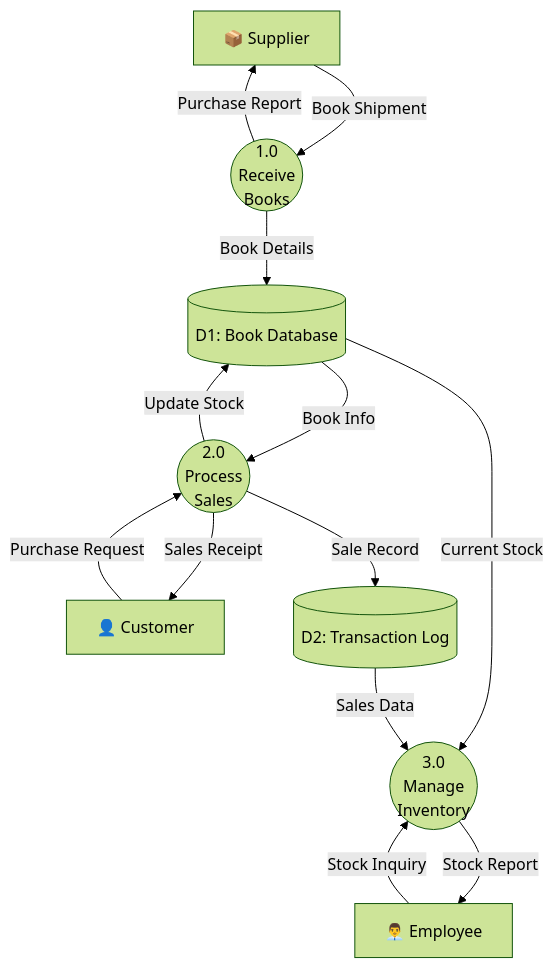
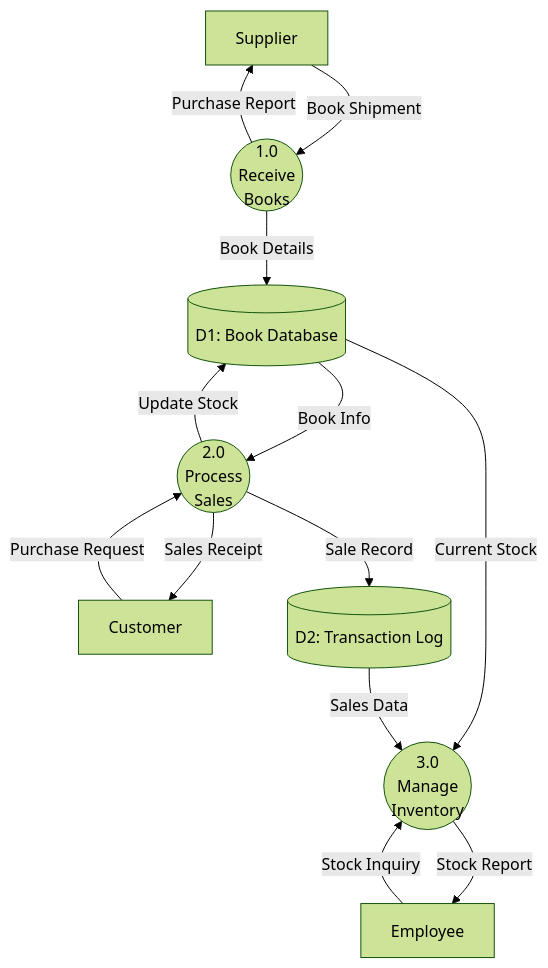
The third of 10 diagrams in public/blog/posts/DataFlowDiagram/index.md (REZ3X/rejaka_web), drawn with Mermaid (forest theme) before and after one commit. The commit also changed other lines of this file and 12 other files, not shown here.

````diff
--- a/public/blog/posts/DataFlowDiagram/index.md
+++ b/public/blog/posts/DataFlowDiagram/index.md
@@ -172,32 +182,32 @@
 ```mermaid
 flowchart TD
     %% External Entities
-    Supplier[📦 Supplier]
-    Customer[👤 Customer]
-    Employee[👨‍💼 Employee]
-    
+    Supplier[Supplier]
+    Customer[Customer]
+    Employee[Employee]
+
     %% Processes
     P1((1.0<br/>Receive<br/>Books))
     P2((2.0<br/>Process<br/>Sales))
     P3((3.0<br/>Manage<br/>Inventory))
-    
+
     %% Data Stores
     DS1[(D1: Book Database)]
     DS2[(D2: Transaction Log)]
-    
+
     %% Flows
     Supplier -->|Book Shipment| P1
     P1 -->|Purchase Report| Supplier
     P1 -->|Book Details| DS1
-    
+
     Customer -->|Purchase Request| P2
     P2 -->|Sales Receipt| Customer
     DS1 -->|Book Info| P2
     P2 -->|Sale Record| DS2
     P2 -->|Update Stock| DS1
-    
+
     Employee -->|Stock Inquiry| P3
     P3 -->|Stock Report| Employee
     DS1 -->|Current Stock| P3
     DS2 -->|Sales Data| P3
 ```
````
